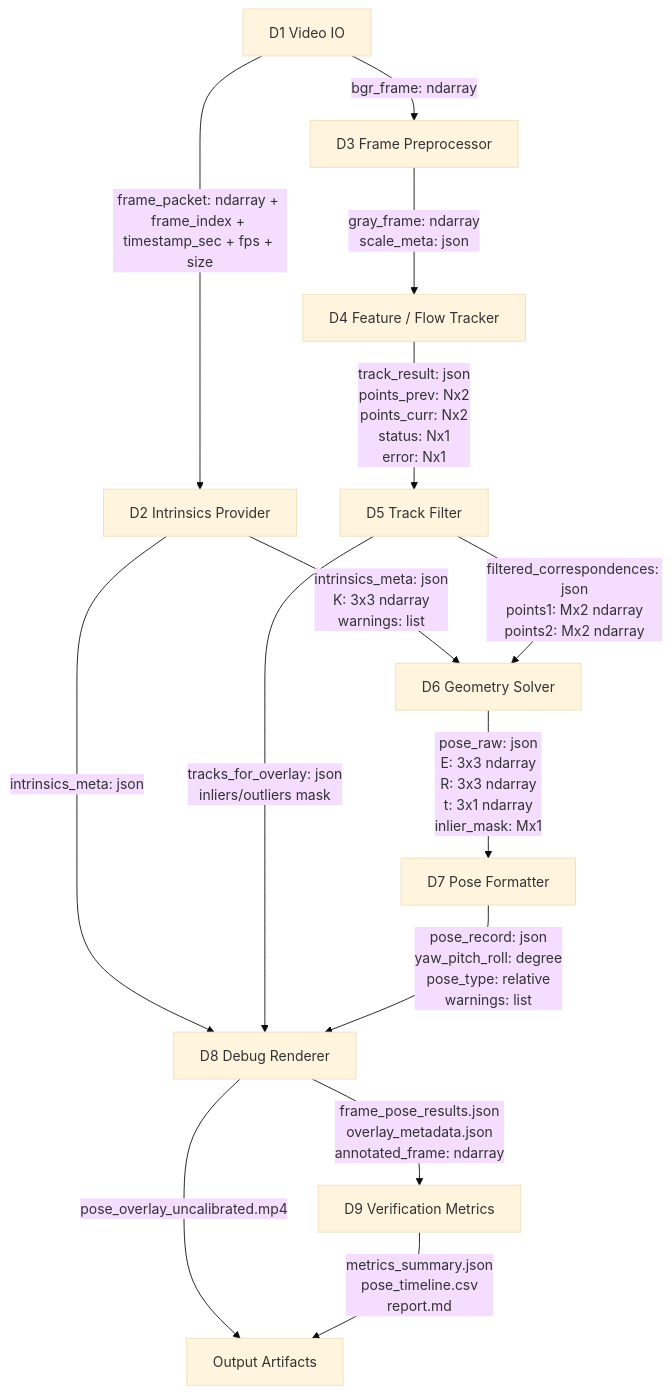
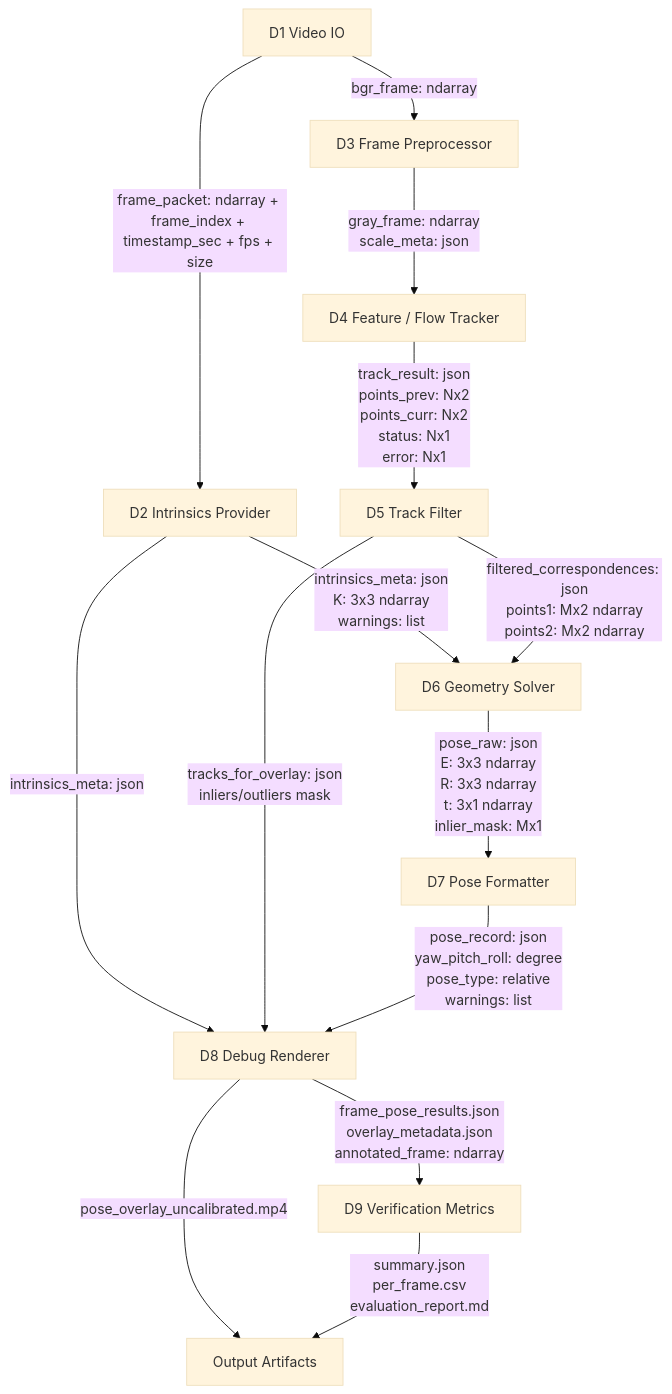
Before and after one commit to Rt209/camera-angle: the first of 2 diagrams in breakdown/02_Optical_Flow_Pose/03_Design/README.md, drawn with Mermaid (base theme). The commit also changed other lines of this file and 396 other files, not shown here.

````diff
--- a/breakdown/02_Optical_Flow_Pose/03_Design/README.md
+++ b/breakdown/02_Optical_Flow_Pose/03_Design/README.md
@@ -47,16 +67,16 @@
 ```mermaid
 flowchart TD
     D1[D1 Video IO] -->|frame_packet: ndarray + frame_index + timestamp_sec + fps + size| D2[D2 Intrinsics Provider]
     D1 -->|bgr_frame: ndarray| D3[D3 Frame Preprocessor]
     D2 -->|intrinsics_meta: json<br/>K: 3x3 ndarray<br/>warnings: list| D6[D6 Geometry Solver]
     D2 -->|intrinsics_meta: json| D8[D8 Debug Renderer]
     D3 -->|gray_frame: ndarray<br/>scale_meta: json| D4[D4 Feature / Flow Tracker]
     D4 -->|track_result: json<br/>points_prev: Nx2<br/>points_curr: Nx2<br/>status: Nx1<br/>error: Nx1| D5[D5 Track Filter]
     D5 -->|filtered_correspondences: json<br/>points1: Mx2 ndarray<br/>points2: Mx2 ndarray| D6
     D6 -->|pose_raw: json<br/>E: 3x3 ndarray<br/>R: 3x3 ndarray<br/>t: 3x1 ndarray<br/>inlier_mask: Mx1| D7[D7 Pose Formatter]
     D5 -->|tracks_for_overlay: json<br/>inliers/outliers mask| D8
     D7 -->|pose_record: json<br/>yaw_pitch_roll: degree<br/>pose_type: relative<br/>warnings: list| D8
     D8 -->|frame_pose_results.json<br/>overlay_metadata.json<br/>annotated_frame: ndarray| D9[D9 Verification Metrics]
     D8 -->|pose_overlay_uncalibrated.mp4| OUT[Output Artifacts]
-    D9 -->|metrics_summary.json<br/>pose_timeline.csv<br/>report.md| OUT
+    D9 -->|summary.json<br/>per_frame.csv<br/>evaluation_report.md| OUT
 ```
````
